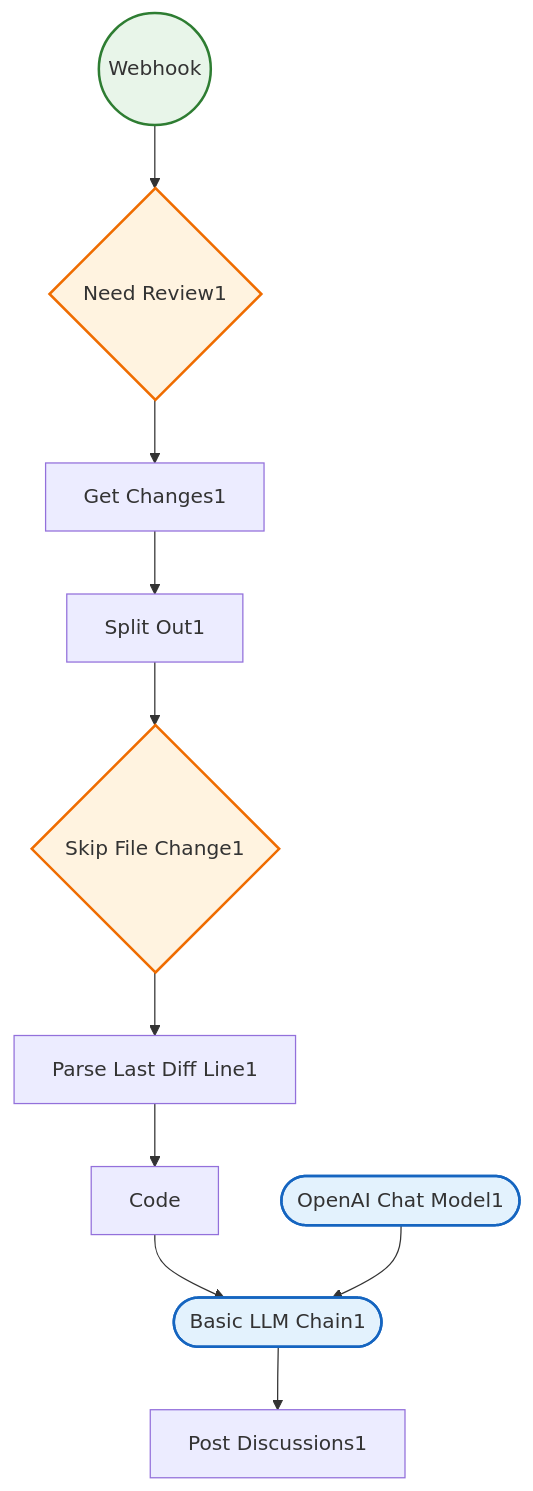
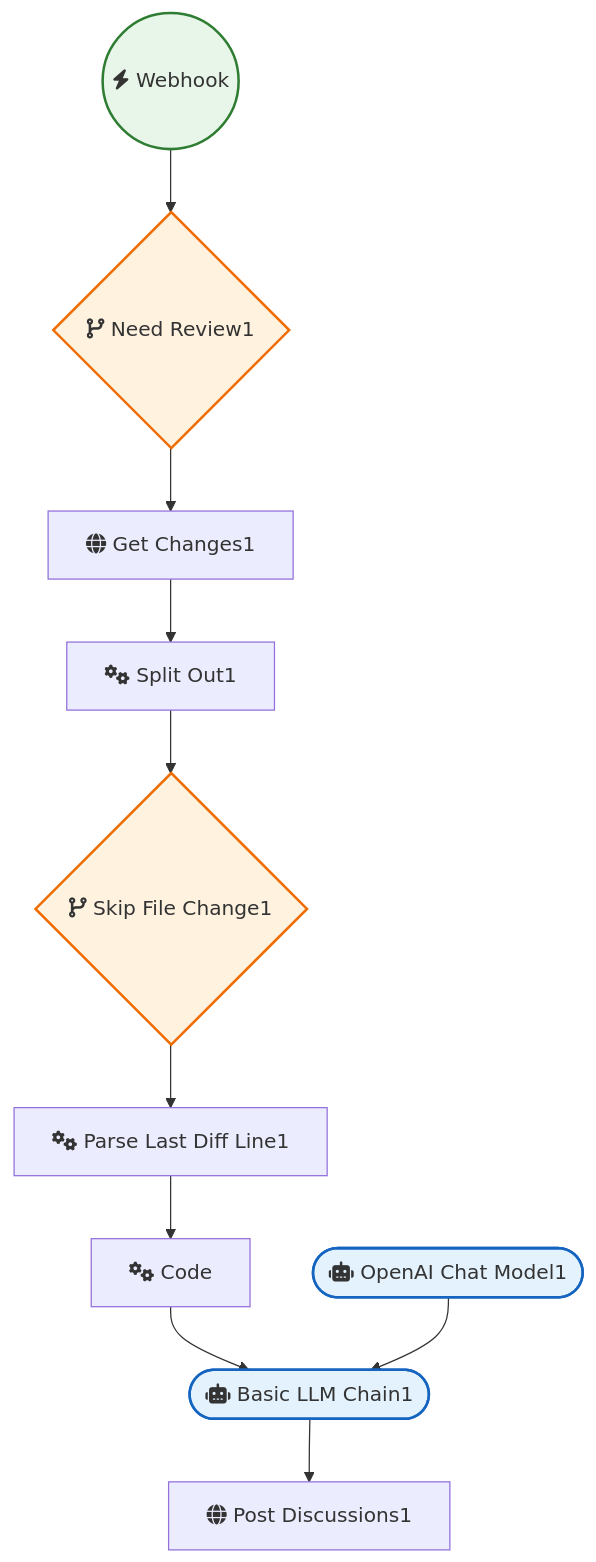
One commit to sreyash3105/N8N-DEMO-AUTOMATIONS changed the diagram in Other_Integrations_and_Use_Cases/ChatGPT Automatic Code Review in Gitlab MR.md. Above: the diagram before and after it, drawn with Mermaid. The commit also changed 291 other files, not shown here.

````diff
--- a/Other_Integrations_and_Use_Cases/ChatGPT Automatic Code Review in Gitlab MR.md
+++ b/Other_Integrations_and_Use_Cases/ChatGPT Automatic Code Review in Gitlab MR.md
@@ -1,27 +1,27 @@
 ```mermaid
 graph TD
     classDef trigger fill:#e8f5e9,stroke:#2e7d32,stroke-width:2px;
     classDef ai fill:#e3f2fd,stroke:#1565c0,stroke-width:2px;
     classDef logic fill:#fff3e0,stroke:#ef6c00,stroke-width:2px;
 
-    Webhook(("Webhook")):::trigger
-    Code["Code"]
-    Split_Out1["Split Out1"]
-    OpenAI_Chat_Model1(["OpenAI Chat Model1"]):::ai
-    Get_Changes1["Get Changes1"]
-    Skip_File_Change1{"Skip File Change1"}:::logic
-    Parse_Last_Diff_Line1["Parse Last Diff Line1"]
-    Post_Discussions1["Post Discussions1"]
-    Need_Review1{"Need Review1"}:::logic
-    Basic_LLM_Chain1(["Basic LLM Chain1"]):::ai
+    Webhook(("fas:fa-bolt Webhook")):::trigger
+    Code["fas:fa-cogs Code"]
+    Split_Out1["fas:fa-cogs Split Out1"]
+    OpenAI_Chat_Model1(["fas:fa-robot OpenAI Chat Model1"]):::ai
+    Get_Changes1["fas:fa-globe Get Changes1"]
+    Skip_File_Change1{"fas:fa-code-branch Skip File Change1"}:::logic
+    Parse_Last_Diff_Line1["fas:fa-cogs Parse Last Diff Line1"]
+    Post_Discussions1["fas:fa-globe Post Discussions1"]
+    Need_Review1{"fas:fa-code-branch Need Review1"}:::logic
+    Basic_LLM_Chain1(["fas:fa-robot Basic LLM Chain1"]):::ai
 
     Code --> Basic_LLM_Chain1
     Webhook --> Need_Review1
     Split_Out1 --> Skip_File_Change1
     Get_Changes1 --> Split_Out1
     Need_Review1 --> Get_Changes1
     Basic_LLM_Chain1 --> Post_Discussions1
     Skip_File_Change1 --> Parse_Last_Diff_Line1
     OpenAI_Chat_Model1 --> Basic_LLM_Chain1
     Parse_Last_Diff_Line1 --> Code
 ```
````
